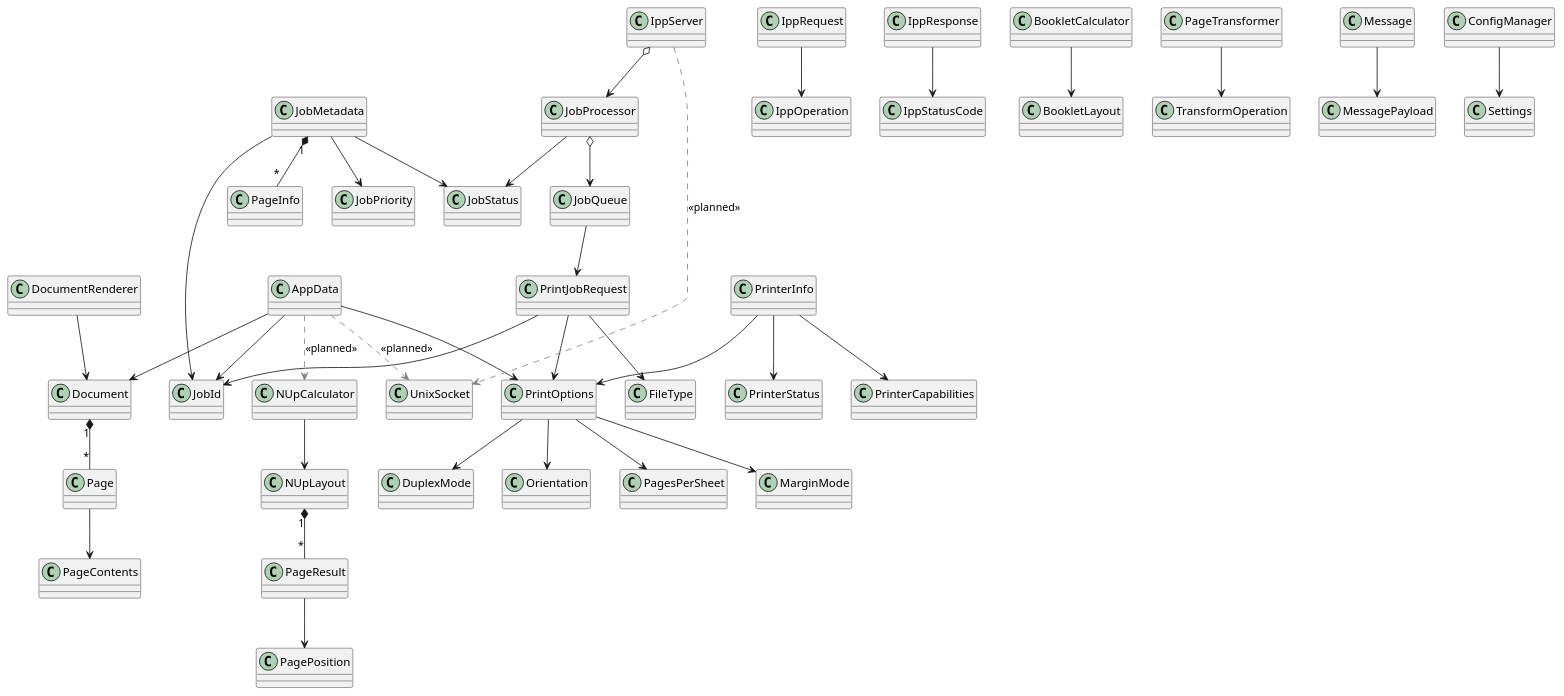
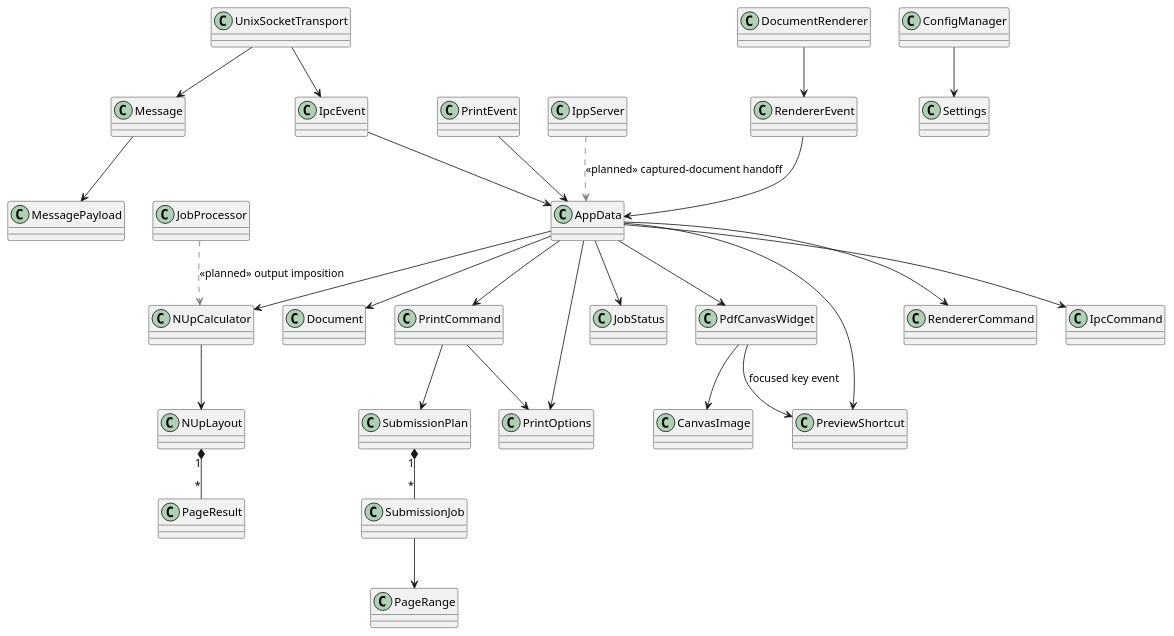
Before and after one commit to GaryScottMartin/Boomaga-IPP: the diagram in docs/uml/C2-class-pg7.puml, drawn with PlantUML. The commit also changed 15 other files, not shown here.

Commit message:
Reconcile UML through Phase G

```diff
--- a/docs/uml/C2-class-pg7.puml
+++ b/docs/uml/C2-class-pg7.puml
@@ -1,40 +1,30 @@
-' ---- Relationships realized in code (solid) ----
-Document "1" *-- "*" Page
-Page --> PageContents
-PrintJobRequest --> JobId
-PrintJobRequest --> PrintOptions
-PrintJobRequest --> FileType
-PrintOptions --> DuplexMode
-PrintOptions --> Orientation
-PrintOptions --> PagesPerSheet
-PrintOptions --> MarginMode
-JobMetadata --> JobId
-JobMetadata --> JobStatus
-JobMetadata --> JobPriority
-JobMetadata "1" *-- "*" PageInfo
-PrinterInfo --> PrinterStatus
-PrinterInfo --> PrinterCapabilities
-PrinterInfo --> PrintOptions
-IppServer o--> JobProcessor
-JobProcessor o--> JobQueue
-JobProcessor --> JobStatus
-JobQueue --> PrintJobRequest
-IppRequest --> IppOperation
-IppResponse --> IppStatusCode
+UnixSocketTransport --> Message
 NUpCalculator --> NUpLayout
 NUpLayout "1" *-- "*" PageResult
-PageResult --> PagePosition
-BookletCalculator --> BookletLayout
-PageTransformer --> TransformOperation
 AppData --> Document
 AppData --> PrintOptions
-AppData --> JobId
-DocumentRenderer --> Document
+AppData --> JobStatus
+AppData --> NUpCalculator
+AppData --> PreviewShortcut
+AppData --> RendererCommand
+RendererEvent --> AppData
+AppData --> IpcCommand
+IpcEvent --> AppData
+UnixSocketTransport --> IpcEvent
+AppData --> PrintCommand
+PrintEvent --> AppData
+AppData --> PdfCanvasWidget
+PdfCanvasWidget --> CanvasImage
+PdfCanvasWidget --> PreviewShortcut : focused key event
+DocumentRenderer --> RendererEvent
+PrintCommand --> PrintOptions
+PrintCommand --> SubmissionPlan
+SubmissionPlan "1" *-- "*" SubmissionJob
+SubmissionJob --> PageRange
 Message --> MessagePayload
 ConfigManager --> Settings
 
-' ---- Decided but not-yet-wired (dashed) ----
-AppData .[#gray,dashed].> NUpCalculator : <<planned>>
-AppData .[#gray,dashed].> UnixSocket : <<planned>>
-IppServer .[#gray,dashed].> UnixSocket : <<planned>>
+' ---- Decided but not yet wired ----
+IppServer .[#gray,dashed].> AppData : <<planned>> captured-document handoff
+JobProcessor .[#gray,dashed].> NUpCalculator : <<planned>> output imposition
 @enduml
```
